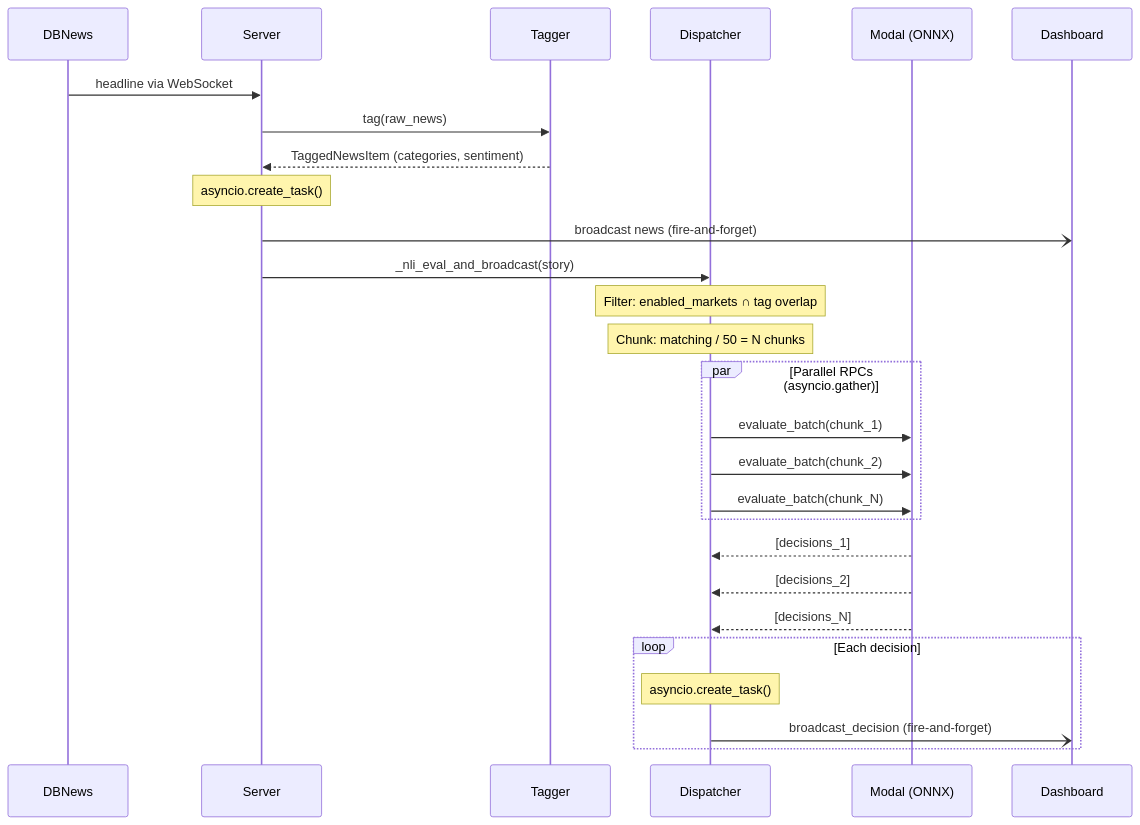
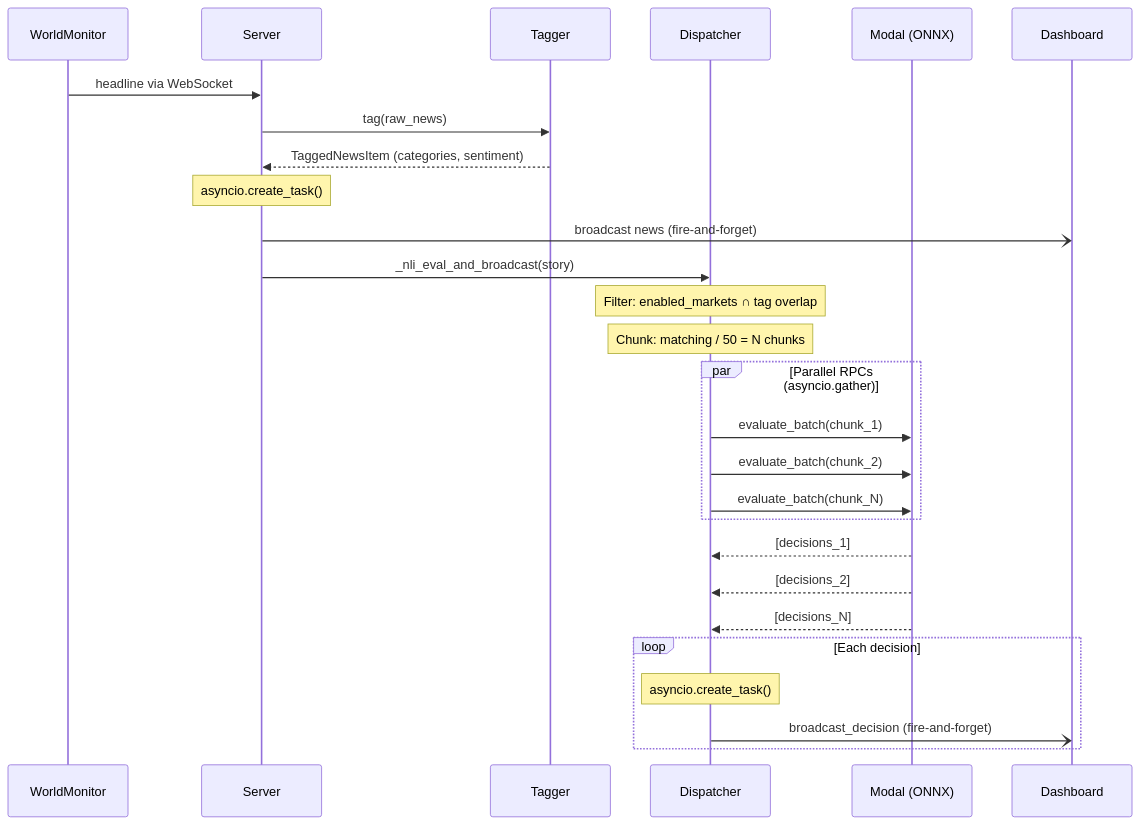
The sixth of 16 diagrams in ARCHITECTURE.md (ArslanKamchybekov/trademaxxer), drawn with Mermaid before and after one commit. The commit also changed other lines of this file and 3 other files, not shown here.

First line of the commit message:
refactor(docs): update references from DBNews to WorldMonitor across documentation

````diff
--- a/ARCHITECTURE.md
+++ b/ARCHITECTURE.md
@@ -123,36 +123,36 @@
 ```mermaid
 sequenceDiagram
-    participant DB as DBNews
+    participant DB as WorldMonitor
     participant S as Server
     participant T as Tagger
     participant D as Dispatcher
     participant M as Modal (ONNX)
     participant UI as Dashboard
 
     DB->>S: headline via WebSocket
     S->>T: tag(raw_news)
     T-->>S: TaggedNewsItem (categories, sentiment)
 
     Note over S: asyncio.create_task()
     S-)UI: broadcast news (fire-and-forget)
 
     S->>D: _nli_eval_and_broadcast(story)
 
     Note over D: Filter: enabled_markets ∩ tag overlap
     Note over D: Chunk: matching / 50 = N chunks
 
     par Parallel RPCs (asyncio.gather)
         D->>M: evaluate_batch(chunk_1)
         D->>M: evaluate_batch(chunk_2)
         D->>M: evaluate_batch(chunk_N)
     end
 
     M-->>D: [decisions_1]
     M-->>D: [decisions_2]
     M-->>D: [decisions_N]
 
     loop Each decision
         Note over D: asyncio.create_task()
         D-)UI: broadcast_decision (fire-and-forget)
     end
 ```
````
